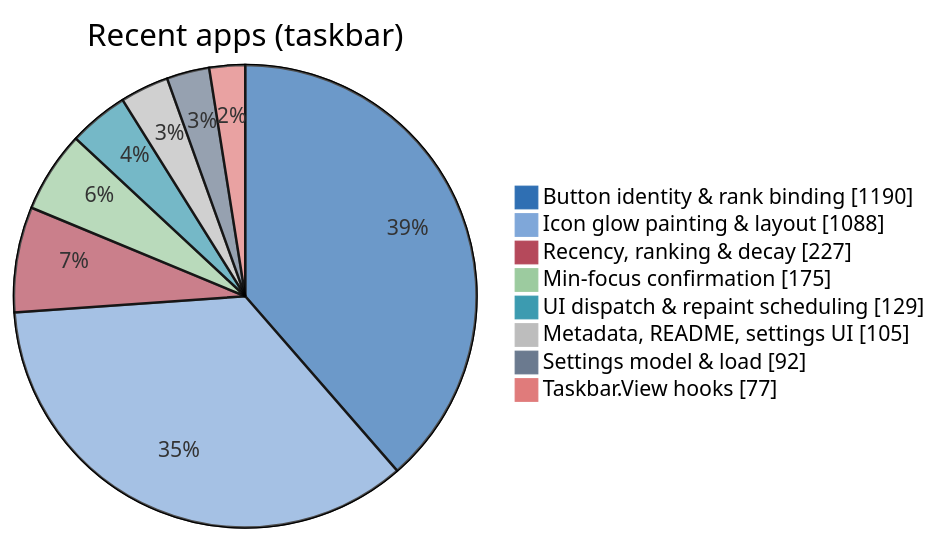
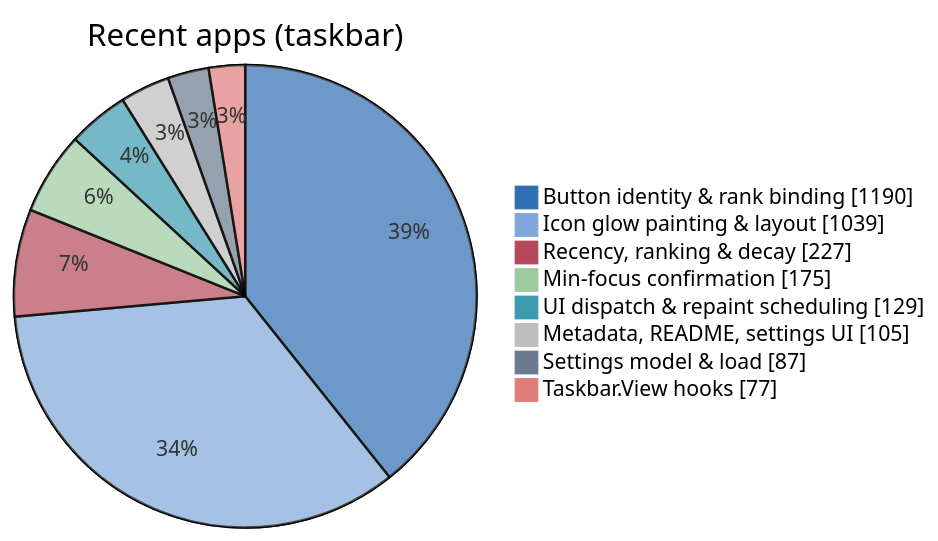
Before and after one commit to jvlasek/taskbar-recent-focus-highlight: the third of 5 diagrams in doc/code/code-breakdown.md, drawn with Mermaid. The commit also changed other lines of this file and 11 other files, not shown here.

````diff
--- a/doc/code/code-breakdown.md
+++ b/doc/code/code-breakdown.md
@@ -119,12 +119,12 @@
 ```mermaid
 %%{init: {"themeVariables": {"pie1": "#2F6FB3", "pie2": "#7FA7D9", "pie3": "#B5495B", "pie4": "#9CCB9F", "pie5": "#3C9BB0", "pie6": "#BDBDBD", "pie7": "#6B7A8F", "pie8": "#E07B7B", "pieOuterStrokeWidth": "1px"}}}%%
 pie showData title Recent apps (taskbar)
     "Button identity & rank binding" : 1190
-    "Icon glow painting & layout" : 1088
+    "Icon glow painting & layout" : 1039
     "Recency, ranking & decay" : 227
     "Min-focus confirmation" : 175
     "UI dispatch & repaint scheduling" : 129
     "Metadata, README, settings UI" : 105
-    "Settings model & load" : 92
+    "Settings model & load" : 87
     "Taskbar.View hooks" : 77
 ```
````
